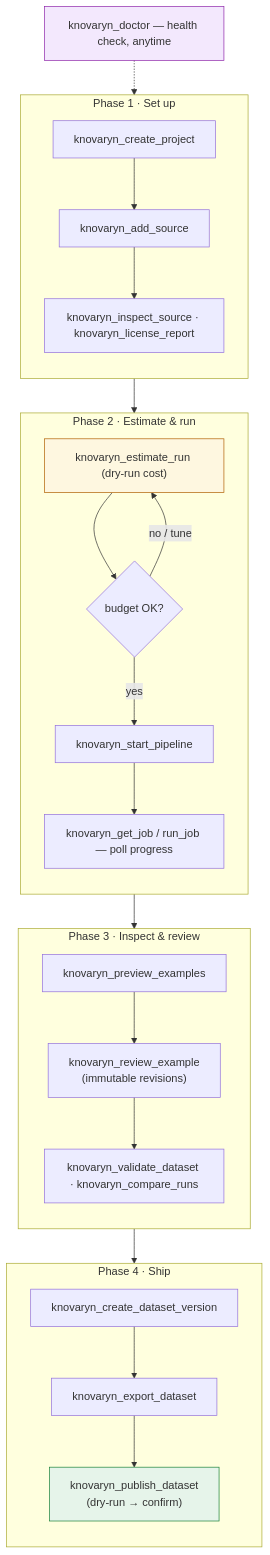
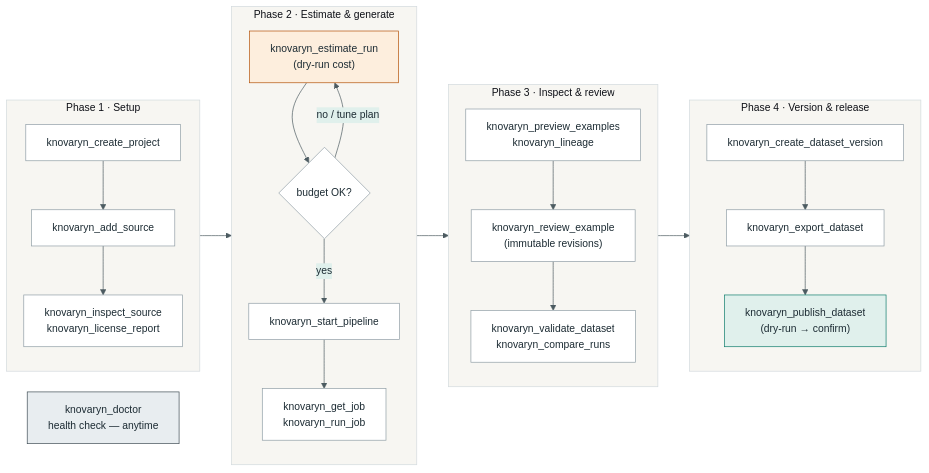
The diagram in docs/assets/diagrams/mcp-session.mmd (waalwalker1/knovaryn), drawn with Mermaid before and after one commit. The commit also changed 193 other files, not shown here.

First line of the commit message:
v0.2.2 public launch: brand, design system, site, benchmarks, gates (#21)

```diff
--- a/docs/assets/diagrams/mcp-session.mmd
+++ b/docs/assets/diagrams/mcp-session.mmd
@@ -1,39 +1,44 @@
-%% Knovaryn — A typical MCP agent session (contract 6.3 #8)
-%% Redesigned as vertical phases so it fits a standard documentation
-%% viewport; the full catalogue lives on the generated MCP-tools page.
+%% Knovaryn — A typical MCP agent session (contract §12.4)
+%% Four panels left to right: Setup · Estimate & generate · Inspect &
+%% review · Version & release. The full tool catalogue lives on the
+%% generated MCP-tools reference page, never in one crowded image.
 %% Count-free by policy: no hard-coded tool totals in diagrams.
-flowchart TD
-    subgraph PHASE1["Phase 1 · Set up"]
+%% Brand palette per docs/design-system/tokens.css (Trace/Ink/amber/slate).
+%%{init: {"theme": "base", "themeVariables": {"primaryColor": "#ffffff", "primaryBorderColor": "#909ea6", "primaryTextColor": "#1c2b33", "lineColor": "#4c5b61", "secondaryColor": "#e0f0ec", "tertiaryColor": "#f1efe8", "clusterBkg": "#f7f6f2", "clusterBorder": "#d3dadd", "fontFamily": "-apple-system, BlinkMacSystemFont, Segoe UI, sans-serif", "fontSize": "15px"}, "flowchart": {"nodeSpacing": 30, "rankSpacing": 46}}}%%
+flowchart LR
+    subgraph PHASE1["Phase 1 · Setup"]
         direction TB
         A["knovaryn_create_project"] --> B["knovaryn_add_source"]
-        B --> C["knovaryn_inspect_source · knovaryn_license_report"]
+        B --> C["knovaryn_inspect_source<br/>knovaryn_license_report"]
     end
 
-    subgraph PHASE2["Phase 2 · Estimate & run"]
+    subgraph PHASE2["Phase 2 · Estimate &amp; generate"]
         direction TB
-        E["knovaryn_estimate_run (dry-run cost)"] --> F{"budget OK?"}
+        E["knovaryn_estimate_run<br/>(dry-run cost)"] --> F{"budget OK?"}
         F -- "yes" --> G["knovaryn_start_pipeline"]
-        F -- "no / tune" --> E
-        G --> H["knovaryn_get_job / run_job — poll progress"]
+        F -- "no / tune plan" --> E
+        G --> H["knovaryn_get_job<br/>knovaryn_run_job"]
     end
 
-    subgraph PHASE3["Phase 3 · Inspect & review"]
+    subgraph PHASE3["Phase 3 · Inspect &amp; review"]
         direction TB
-        I["knovaryn_preview_examples"] --> J["knovaryn_review_example<br/>(immutable revisions)"]
-        J --> K["knovaryn_validate_dataset · knovaryn_compare_runs"]
+        I["knovaryn_preview_examples<br/>knovaryn_lineage"] --> J["knovaryn_review_example<br/>(immutable revisions)"]
+        J --> K["knovaryn_validate_dataset<br/>knovaryn_compare_runs"]
     end
 
-    subgraph PHASE4["Phase 4 · Ship"]
+    subgraph PHASE4["Phase 4 · Version &amp; release"]
         direction TB
         L["knovaryn_create_dataset_version"] --> M["knovaryn_export_dataset"]
         M --> N["knovaryn_publish_dataset<br/>(dry-run → confirm)"]
     end
 
-    P["knovaryn_doctor — health check, anytime"]
+    P["knovaryn_doctor<br/>health check — anytime"]
 
     PHASE1 --> PHASE2 --> PHASE3 --> PHASE4
-    P -.-> PHASE1
 
-    style E fill:#fef7e0,stroke:#b06000
-    style N fill:#e6f4ea,stroke:#188038
-    style P fill:#f3e8fd,stroke:#8e24aa
+    classDef est fill:#fdeedd,stroke:#b45309,color:#1c2b33
+    classDef ship fill:#e0f0ec,stroke:#0e7c6b,color:#1c2b33
+    classDef health fill:#e8edf0,stroke:#404d55,color:#1c2b33
+    class E est
+    class N ship
+    class P health
```
